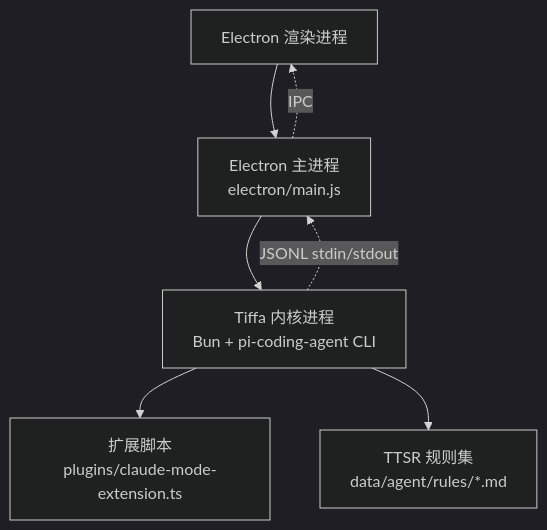
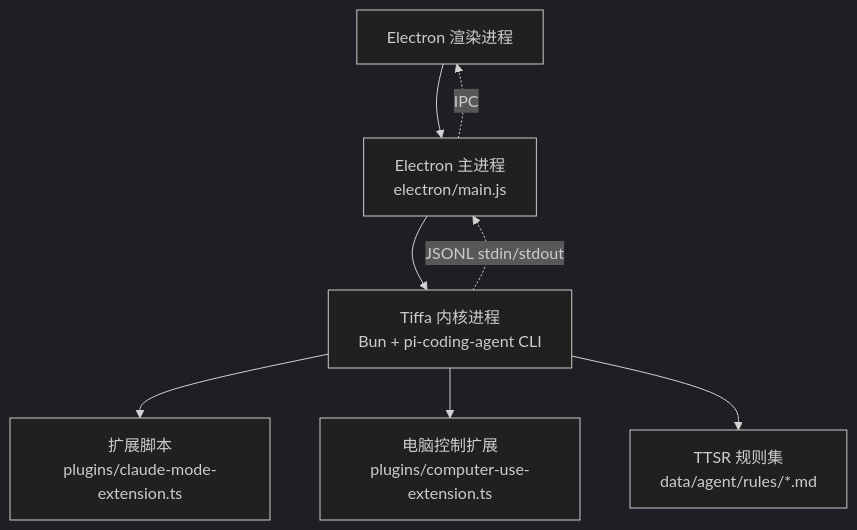
The first of 6 diagrams in .qoder/repowiki/zh/content/核心架构/扩展系统.md (swond-Mao/Tiffa), drawn with Mermaid (dark theme) before and after one commit. The commit also changed other lines of this file and 24 other files, not shown here.

````diff
--- a/.qoder/repowiki/zh/content/核心架构/扩展系统.md
+++ b/.qoder/repowiki/zh/content/核心架构/扩展系统.md
@@ -35,9 +45,10 @@
 ```mermaid
 graph TB
 UI["Electron 渲染进程"] --> Main["Electron 主进程<br/>electron/main.js"]
 Main --> Kernel["Tiffa 内核进程<br/>Bun + pi-coding-agent CLI"]
 Kernel --> Ext["扩展脚本<br/>plugins/claude-mode-extension.ts"]
+Kernel --> CUE["电脑控制扩展<br/>plugins/computer-use-extension.ts"]
 Kernel --> Rules["TTSR 规则集<br/>data/agent/rules/*.md"]
 Main -. IPC .-> UI
 Kernel -. JSONL stdin/stdout .-> Main
 ```
````
